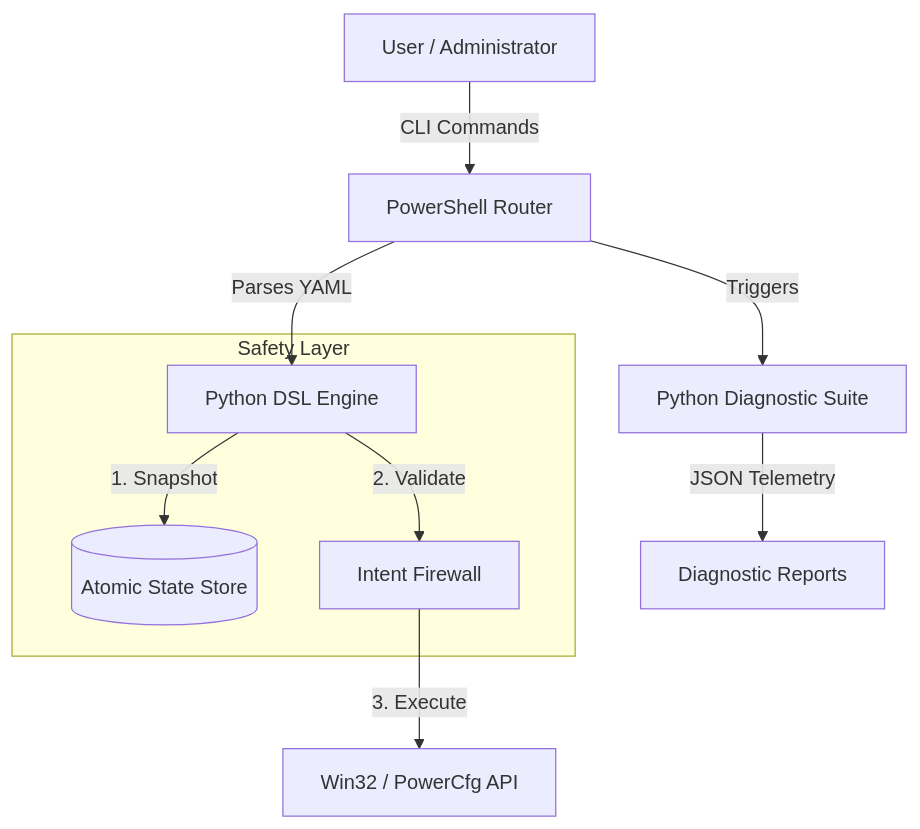
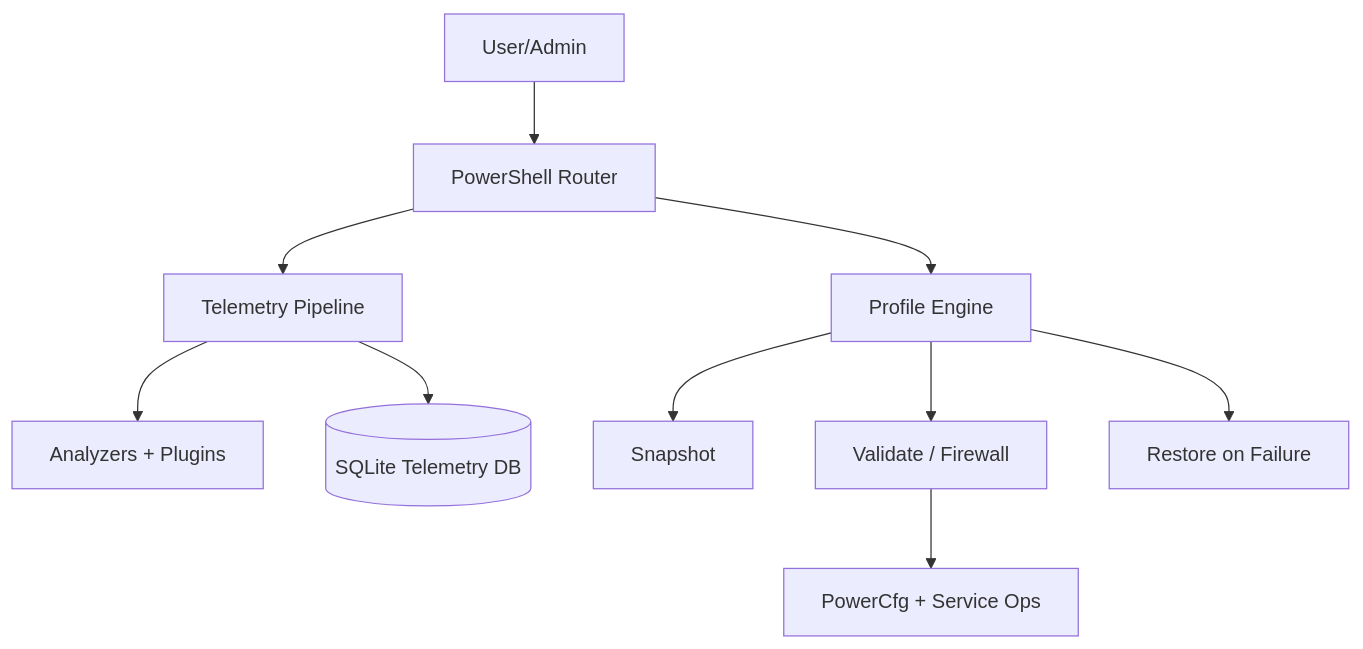
The diagram in README.md (Sarvadnya07/powertune), drawn with Mermaid before and after one commit. The commit also changed other lines of this file and 25 other files, not shown here.

````diff
--- a/README.md
+++ b/README.md
@@ -51,14 +31,12 @@
 ```mermaid
-graph TD
-    User[User / Administrator] --> |CLI Commands| PSRouter[PowerShell Router]
-    PSRouter --> |Triggers| Analyzers[Python Diagnostic Suite]
-    PSRouter --> |Parses YAML| Engine[Python DSL Engine]
-    
-    subgraph "Safety Layer"
-        Engine --> |1. Snapshot| DB[(Atomic State Store)]
-        Engine --> |2. Validate| Firewall[Intent Firewall]
-    end
-    
-    Firewall --> |3. Execute| WinAPI[Win32 / PowerCfg API]
-    Analyzers --> |JSON Telemetry| Report[Diagnostic Reports]
+flowchart TD
+  A[User/Admin] --> B[PowerShell Router]
+  B --> C[Telemetry Pipeline]
+  B --> D[Profile Engine]
+  C --> E[Analyzers + Plugins]
+  C --> F[(SQLite Telemetry DB)]
+  D --> G[Snapshot]
+  D --> H[Validate / Firewall]
+  H --> I[PowerCfg + Service Ops]
+  D --> J[Restore on Failure]
 ```
````
